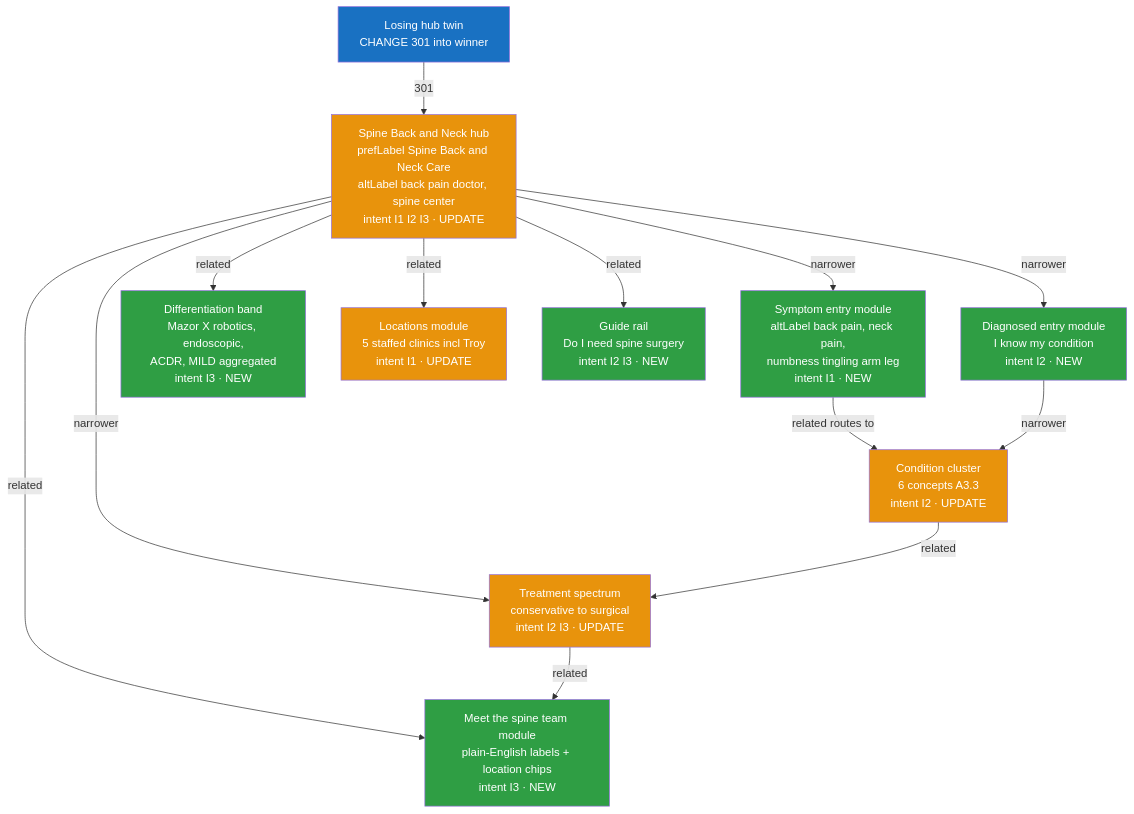
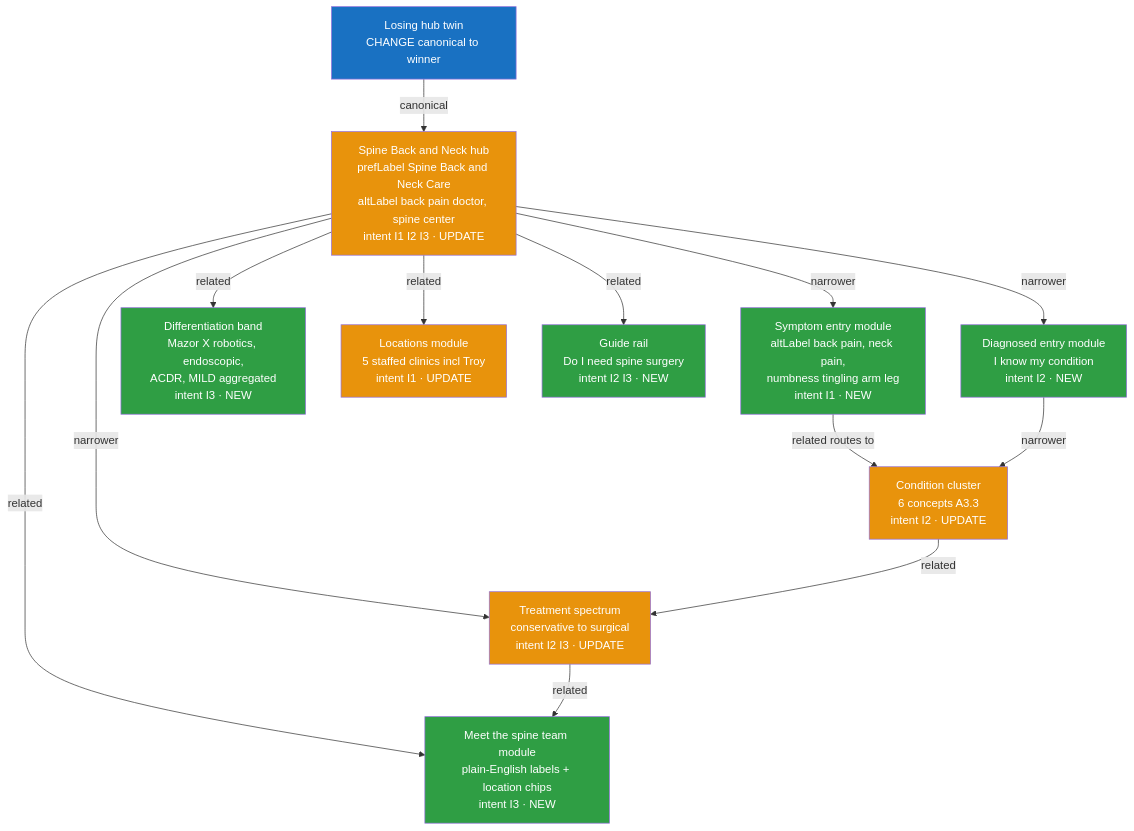
The second of 9 diagrams in playbooks/spine-semantic-model.md (JosephAndrewMacLean/SHP), drawn with Mermaid before and after one commit. The commit also changed other lines of this file and 7 other files, not shown here.

````diff
--- a/playbooks/spine-semantic-model.md
+++ b/playbooks/spine-semantic-model.md
@@ -135,33 +135,33 @@
 ```mermaid
 flowchart TD
     HUB[Spine Back and Neck hub<br/>prefLabel Spine Back and Neck Care<br/>altLabel back pain doctor, spine center<br/>intent I1 I2 I3 · UPDATE]
-    OLDHUB[Losing hub twin<br/>CHANGE 301 into winner]
+    OLDHUB[Losing hub twin<br/>CHANGE canonical to winner]
     SYMP[Symptom entry module<br/>altLabel back pain, neck pain,<br/>numbness tingling arm leg<br/>intent I1 · NEW]
     DIAG[Diagnosed entry module<br/>I know my condition<br/>intent I2 · NEW]
     CONDS[Condition cluster<br/>6 concepts A3.3<br/>intent I2 · UPDATE]
     TRTS[Treatment spectrum<br/>conservative to surgical<br/>intent I2 I3 · UPDATE]
     TEAM[Meet the spine team module<br/>plain-English labels + location chips<br/>intent I3 · NEW]
     DIFF[Differentiation band<br/>Mazor X robotics, endoscopic,<br/>ACDR, MILD aggregated<br/>intent I3 · NEW]
     LOCS[Locations module<br/>5 staffed clinics incl Troy<br/>intent I1 · UPDATE]
     GUIDES[Guide rail<br/>Do I need spine surgery<br/>intent I2 I3 · NEW]
 
-    OLDHUB -->|301| HUB
+    OLDHUB -->|canonical| HUB
     HUB -->|narrower| SYMP
     HUB -->|narrower| DIAG
     SYMP -->|related routes to| CONDS
     DIAG -->|narrower| CONDS
     HUB -->|narrower| TRTS
     HUB -->|related| TEAM
     HUB -->|related| DIFF
     HUB -->|related| LOCS
     HUB -->|related| GUIDES
     CONDS -->|related| TRTS
     TRTS -->|related| TEAM
 
     classDef newN fill:#2f9e44,color:#fff
     classDef updN fill:#e8930c,color:#fff
     classDef chgN fill:#1971c2,color:#fff
     class SYMP,DIAG,TEAM,DIFF,GUIDES newN
     class HUB,CONDS,TRTS,LOCS updN
     class OLDHUB chgN
 ```
````
